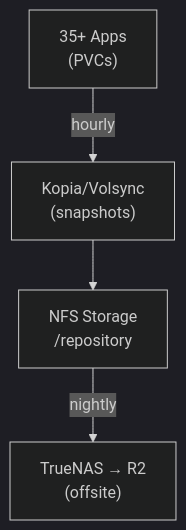
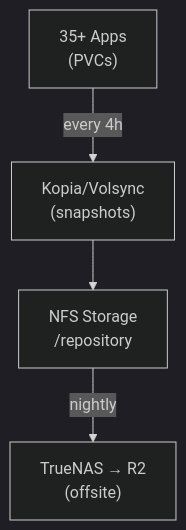
The diagram in docs/docs/migrations/volsync-kopia.md (LukeEvansTech/talos-cluster), drawn with Mermaid (dark theme) before and after one commit. The commit also changed other lines of this file and 28 other files, not shown here.

````diff
--- a/docs/docs/migrations/volsync-kopia.md
+++ b/docs/docs/migrations/volsync-kopia.md
@@ -209,6 +205,6 @@
 ```mermaid
 flowchart TB
-    A["35+ Apps<br/>(PVCs)"] -->|hourly| B["Kopia/Volsync<br/>(snapshots)"]
+    A["35+ Apps<br/>(PVCs)"] -->|every 4h| B["Kopia/Volsync<br/>(snapshots)"]
     B --> C["NFS Storage<br/>/repository"]
     C -->|nightly| D["TrueNAS → R2<br/>(offsite)"]
 ```
````
